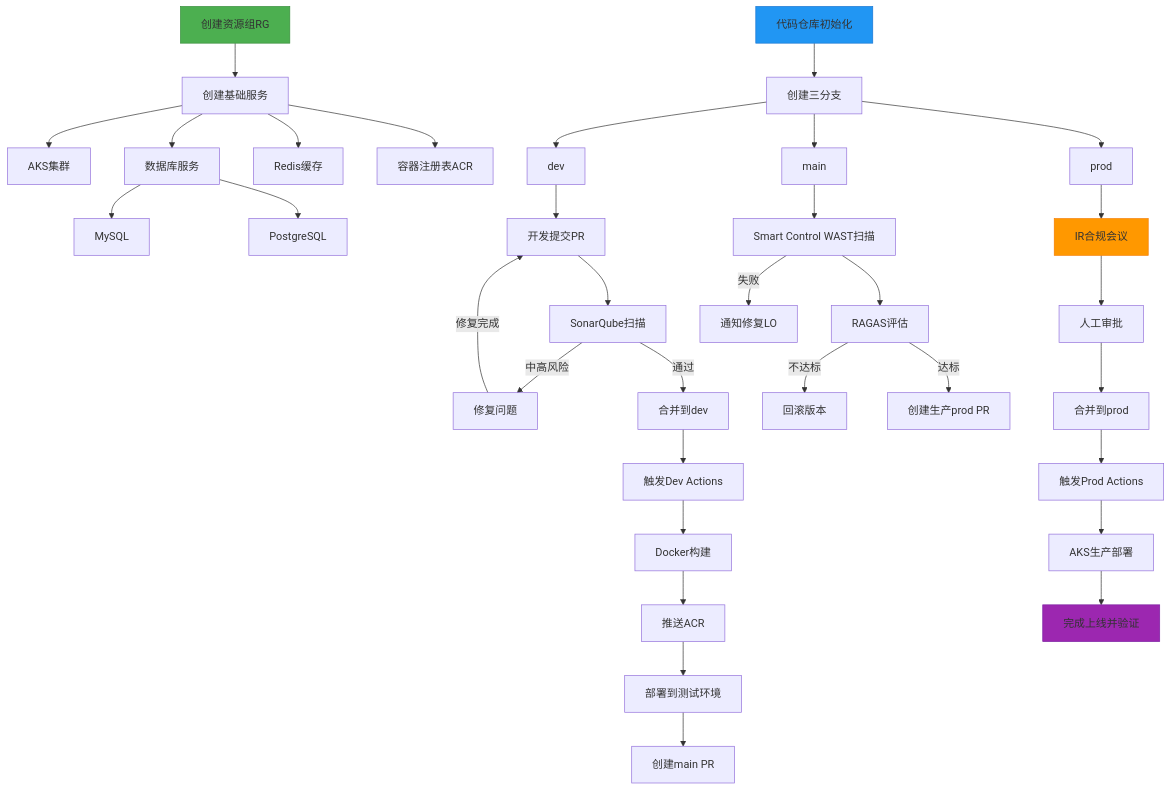
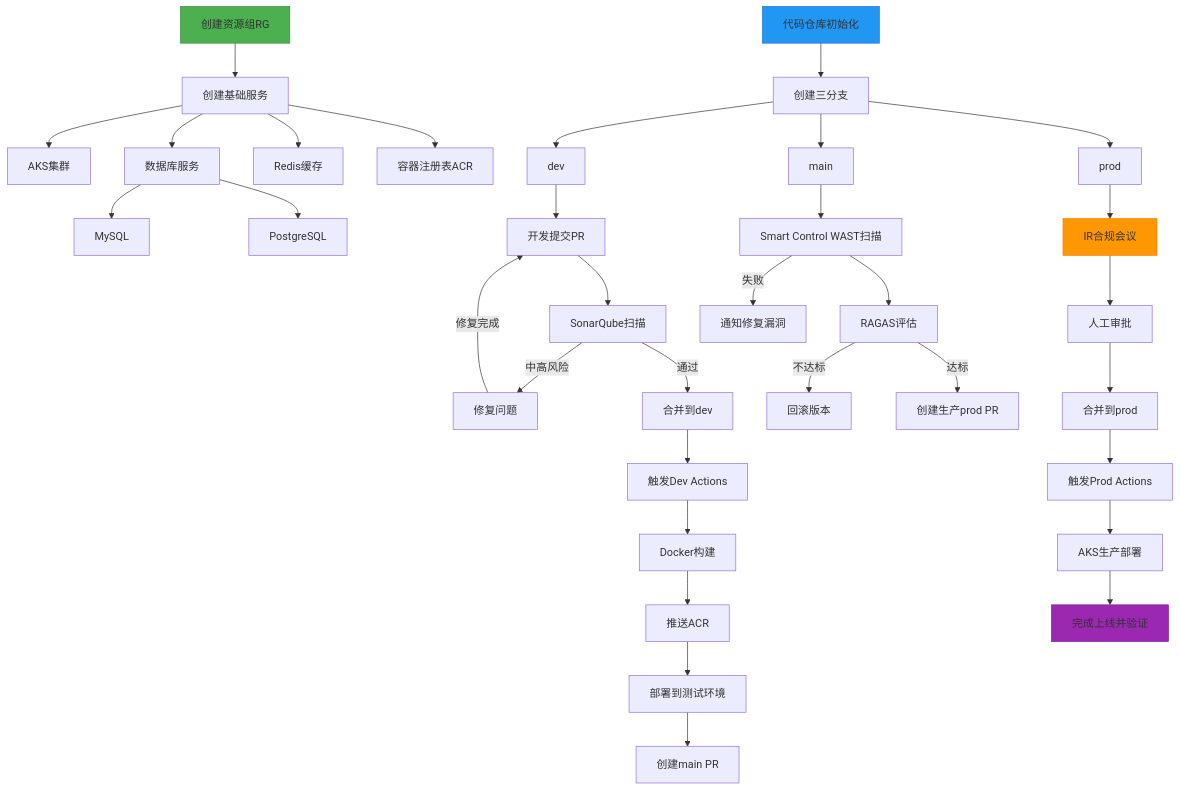
The diagram in all/未命名-1.md (funnyData/iodraw-files), drawn with Mermaid before and after one commit.

Commit message:
2025-02-27 09:22:36 update

````diff
--- a/all/未命名-1.md
+++ b/all/未命名-1.md
@@ -1,61 +1,61 @@
 ```mermaid
 graph TD
     A[创建资源组RG] --> B[创建基础服务]
     B --> C[AKS集群]
     B --> D[数据库服务]
     D --> DA[MySQL]
     D --> DB[PostgreSQL]
     B --> E[Redis缓存]
     B --> F[容器注册表ACR]
     
     G[代码仓库初始化] --> H[创建三分支]
     H --> I[dev]
     H --> J[main]
     H --> K[prod]
     K --> W[IR合规会议]
     J --> T[Smart Control WAST扫描]
     
     I --> L[开发提交PR]
     L --> M[SonarQube扫描]
     M -->|中高风险| N[修复问题]
     N -->|修复完成|L
     M -->|通过| O[合并到dev]
     
     O --> P[触发Dev Actions]
     P --> Q[Docker构建]
     Q --> R[推送ACR]
     R --> S[部署到测试环境]
     S --> SA[创建main PR]
     %% S -->V[创建生产PR]
 
     
     %% S --> T[Smart Control WAST扫描]
     %% T -->|失败| U[通知修复]
 
     
     %% T -->|通过| V[创建生产PR]
-T--> AD[RAGAS评估]
+    T--> AD[RAGAS评估]
     AD -->|不达标| AE[回滚版本]
     AD -->|达标| AF[创建生产prod PR]
-    T -->|失败| U[通知修复LO]
+    T -->|失败| U[通知修复漏洞]
     
     %% V --> W[IR合规会议]
     W --> X[人工审批]
     X --> Y[合并到prod]
     
     Y --> Z[触发Prod Actions]
     Z --> AC[AKS生产部署]
     AC --> ZA[完成上线并验证]
     %% Z --> AA[安全扫描]
     %% AA -->|高风险| AB[终止部署]
     %% AA -->|通过| AC[AKS生产部署]
     
     %% AC --> AD[RAGAS评估]
     %% AD -->|不达标| AE[回滚版本]
     %% AD -->|达标| AF[完成上线]
     
     style A fill:#4CAF50,stroke:#388E3C
     style G fill:#2196F3,stroke:#1976D2
     style W fill:#FF9800,stroke:#F57C00
     style ZA fill:#9C27B0,stroke:#7B1FA2
 ```
````
